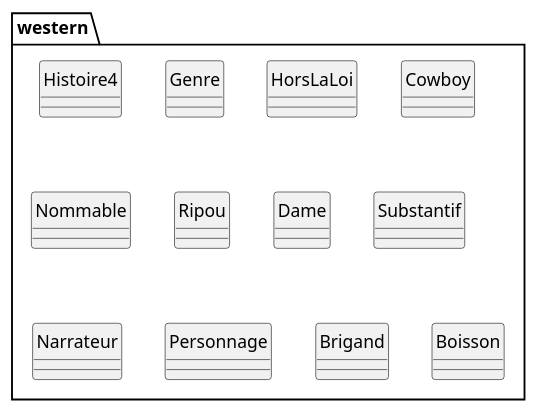
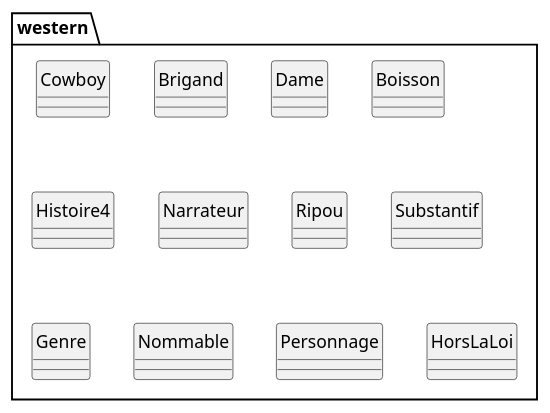
One commit to yassinkioua/Projet-PumlFromJava changed the diagram in PumlDiagramm.puml. Above: the diagram before and after it, drawn with PlantUML. The commit also changed other lines of this file, not shown here.

```diff
--- a/PumlDiagramm.puml
+++ b/PumlDiagramm.puml
@@ -1,15 +1,15 @@
 @startuml
 skinparam style strictuml
+class western.Cowboy
+class western.Brigand
+class western.Dame
+class western.Boisson
 class western.Histoire4
+class western.Narrateur
+class western.Ripou
+class western.Substantif
 class western.Genre
+class western.Nommable
+class western.Personnage
 class western.HorsLaLoi
-class western.Cowboy
-class western.Nommable
-class western.Ripou
-class western.Dame
-class western.Substantif
-class western.Narrateur
-class western.Personnage
-class western.Brigand
-class western.Boisson
 @enduml
```
